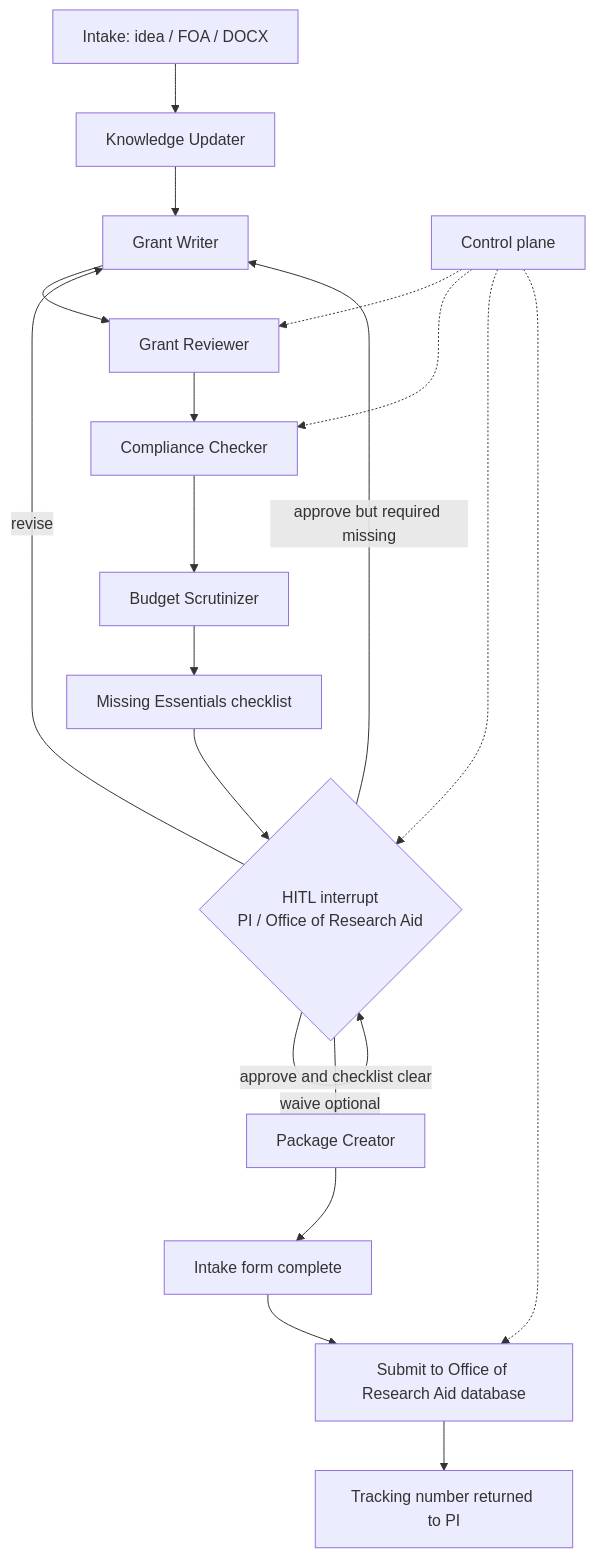
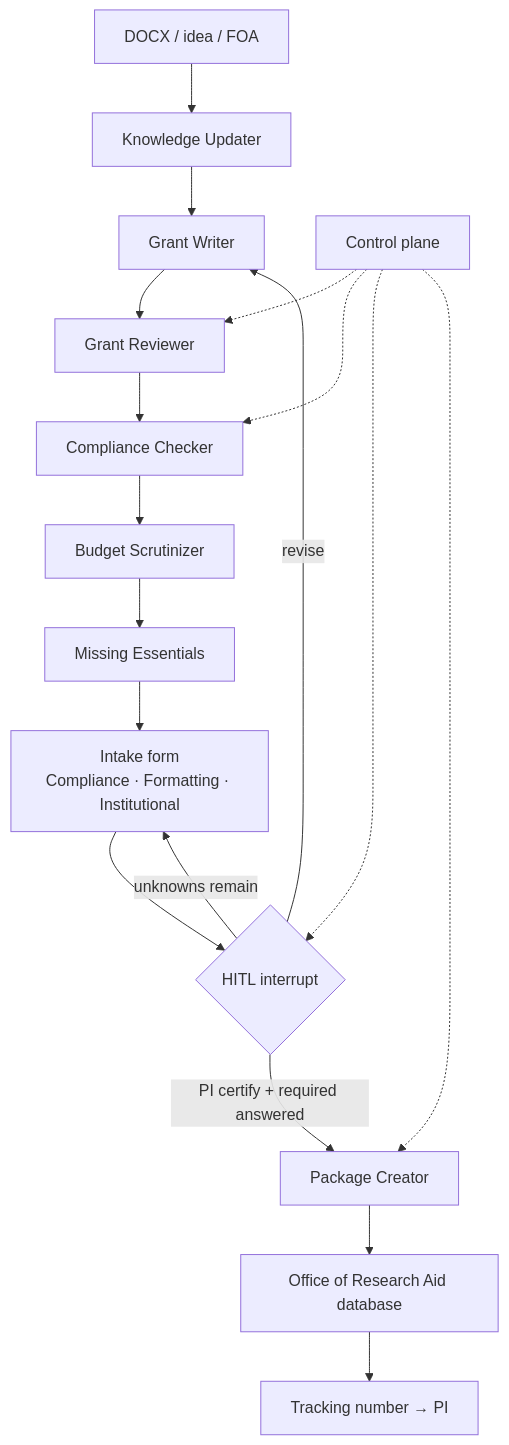
One commit to YPCC/grant-agent-lab changed the second of 5 diagrams in docs/architecture.md. Above: the diagram before and after it, drawn with Mermaid. The commit also changed other lines of this file and 16 other files, not shown here.

First line of the commit message:
Align README, docs, and C4 diagrams with office intake

````diff
--- a/docs/architecture.md
+++ b/docs/architecture.md
@@ -52,24 +53,23 @@
 ```mermaid
 flowchart TD
-  IN[Intake: idea / FOA / DOCX] --> KU[Knowledge Updater]
+  IN[DOCX / idea / FOA] --> KU[Knowledge Updater]
   KU --> WR[Grant Writer]
   WR --> RV[Grant Reviewer]
   RV --> CC[Compliance Checker]
   CC --> BS[Budget Scrutinizer]
-  BS --> ME[Missing Essentials checklist]
-  ME --> HITL{HITL interrupt<br/>PI / Office of Research Aid}
+  BS --> ME[Missing Essentials]
+  ME --> IF[Intake form<br/>Compliance · Formatting · Institutional]
+  IF --> HITL{HITL interrupt}
 
   HITL -->|revise| WR
-  HITL -->|waive optional| HITL
-  HITL -->|approve and checklist clear| PK[Package Creator]
-  HITL -->|approve but required missing| WR
+  HITL -->|PI certify + required answered| PK[Package Creator]
+  HITL -->|unknowns remain| IF
 
-  PK --> READY[Intake form complete]
-  READY --> ODB[Submit to Office of Research Aid database]
-  ODB --> TRACK[Tracking number returned to PI]
+  PK --> ODB[Office of Research Aid database]
+  ODB --> TRACK[Tracking number → PI]
 
   CP[Control plane] -.-> RV
   CP -.-> CC
   CP -.-> HITL
-  CP -.-> ODB
+  CP -.-> PK
 ```
````
